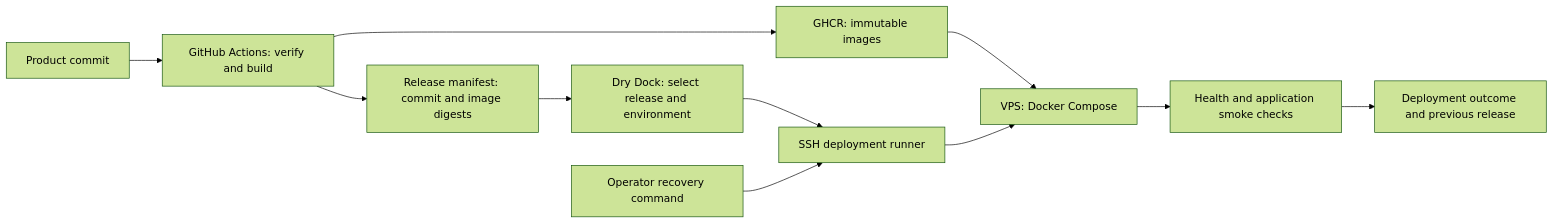
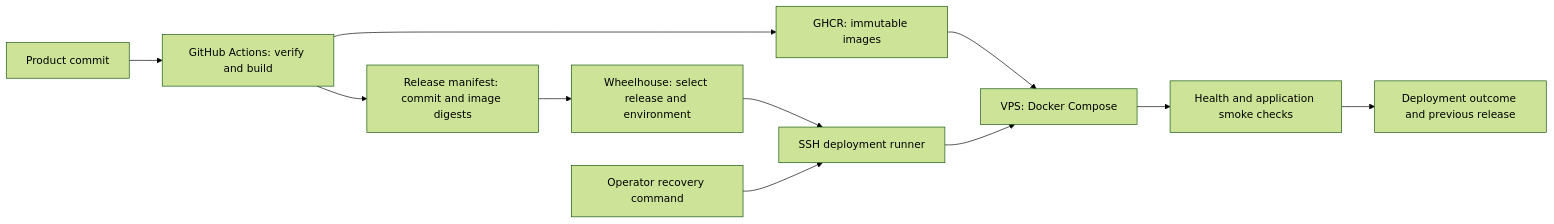
One commit to wow-two/wow-two-ws changed the diagram in docs/audits/deployment-readiness-2026-09-19.md. Above: the diagram before and after it, drawn with Mermaid (forest theme). The commit also changed other lines of this file and 14 other files, not shown here.

````diff
--- a/docs/audits/deployment-readiness-2026-09-19.md
+++ b/docs/audits/deployment-readiness-2026-09-19.md
@@ -140,13 +140,13 @@
 ```mermaid
 flowchart LR
     Repo[Product commit] --> CI[GitHub Actions: verify and build]
     CI --> Registry[GHCR: immutable images]
     CI --> Manifest[Release manifest: commit and image digests]
-    Manifest --> Dock[Dry Dock: select release and environment]
+    Manifest --> Dock[Wheelhouse: select release and environment]
     Dock --> Runner[SSH deployment runner]
     Operator[Operator recovery command] --> Runner
     Registry --> Host[VPS: Docker Compose]
     Runner --> Host
     Host --> Gate[Health and application smoke checks]
     Gate --> Record[Deployment outcome and previous release]
 ```
````
